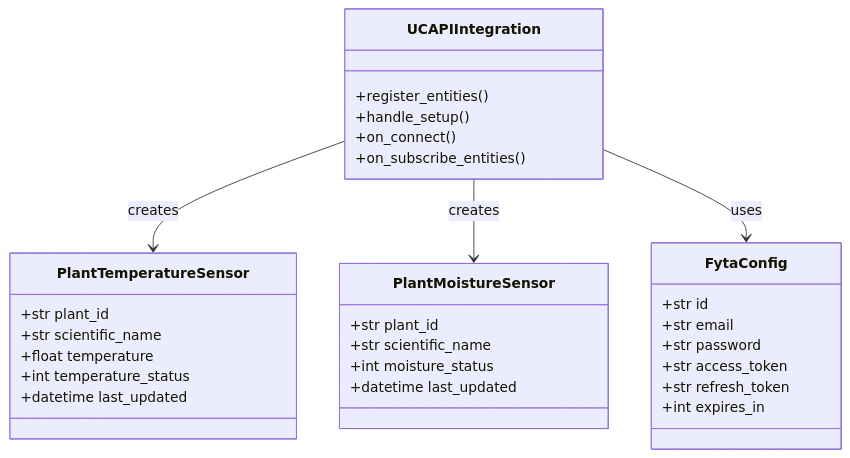
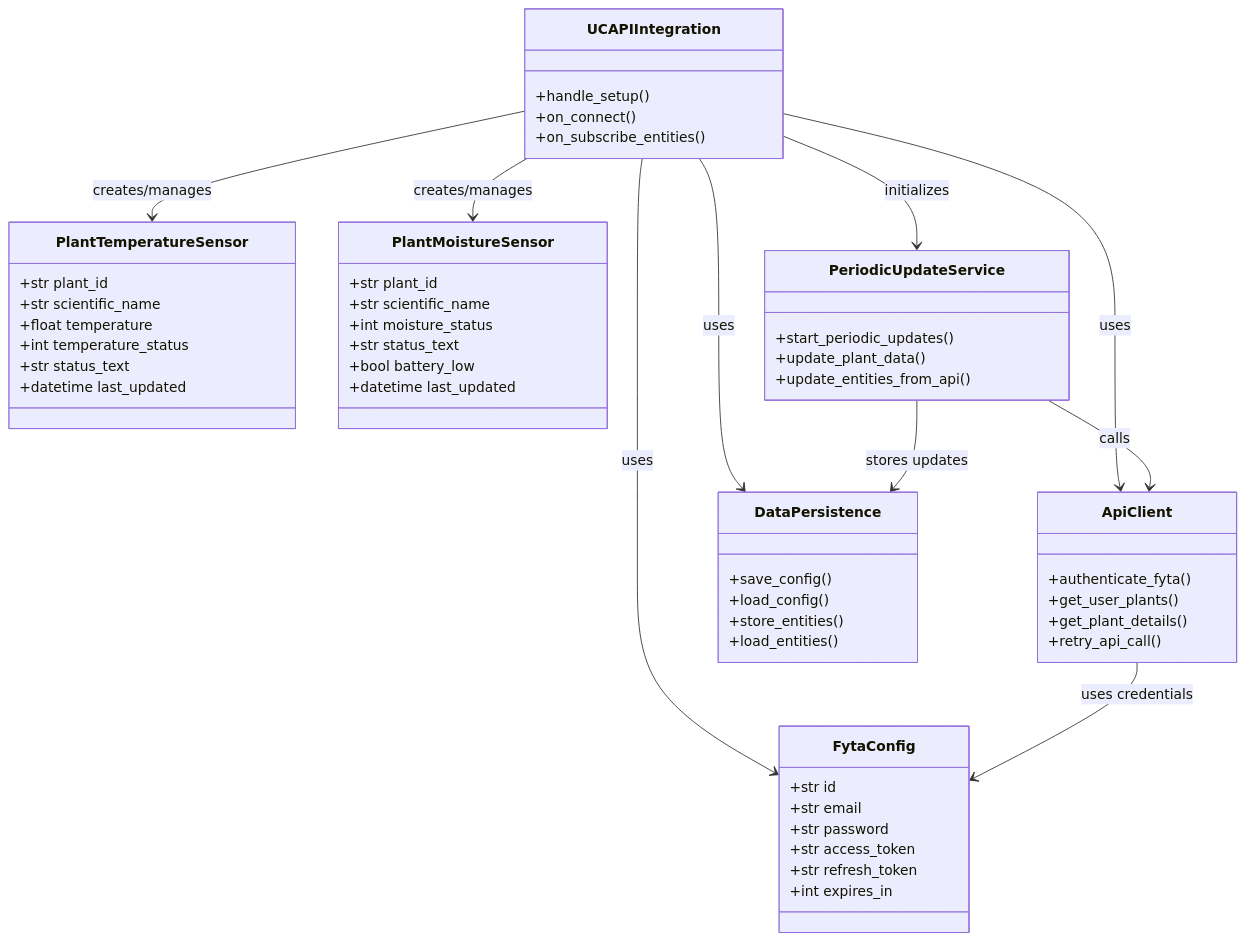
Before and after one commit to FYTA-GmbH/uc-integration-fyta: the second of 2 diagrams in README.md, drawn with Mermaid. The commit also changed other lines of this file, not shown here.

Commit message:
Updated README with accurate data flow diagram and component architecture to reflect implemented API retry logic, periodic updates, and battery monitoring features.

````diff
--- a/README.md
+++ b/README.md
@@ -113,37 +111,65 @@
 ```mermaid
 classDiagram
     class FytaConfig {
         +str id
         +str email
         +str password
         +str access_token
         +str refresh_token
         +int expires_in
     }
 
     class PlantTemperatureSensor {
         +str plant_id
         +str scientific_name
         +float temperature
         +int temperature_status
+        +str status_text
         +datetime last_updated
     }
 
     class PlantMoistureSensor {
         +str plant_id
         +str scientific_name
         +int moisture_status
+        +str status_text
+        +bool battery_low
         +datetime last_updated
     }
 
+    class ApiClient {
+        +authenticate_fyta()
+        +get_user_plants()
+        +get_plant_details()
+        +retry_api_call()
+    }
+
+    class DataPersistence {
+        +save_config()
+        +load_config()
+        +store_entities()
+        +load_entities()
+    }
+
+    class PeriodicUpdateService {
+        +start_periodic_updates()
+        +update_plant_data()
+        +update_entities_from_api()
+    }
+
     class UCAPIIntegration {
-        +register_entities()
         +handle_setup()
         +on_connect()
         +on_subscribe_entities()
     }
 
-    UCAPIIntegration --> PlantTemperatureSensor : creates
-    UCAPIIntegration --> PlantMoistureSensor : creates
+    UCAPIIntegration --> PlantTemperatureSensor : creates/manages
+    UCAPIIntegration --> PlantMoistureSensor : creates/manages
     UCAPIIntegration --> FytaConfig : uses
+    UCAPIIntegration --> ApiClient : uses
+    UCAPIIntegration --> DataPersistence : uses
+    UCAPIIntegration --> PeriodicUpdateService : initializes
+    ApiClient --> FytaConfig : uses credentials
+    PeriodicUpdateService --> ApiClient : calls
+    PeriodicUpdateService --> DataPersistence : stores updates
 ```
````
